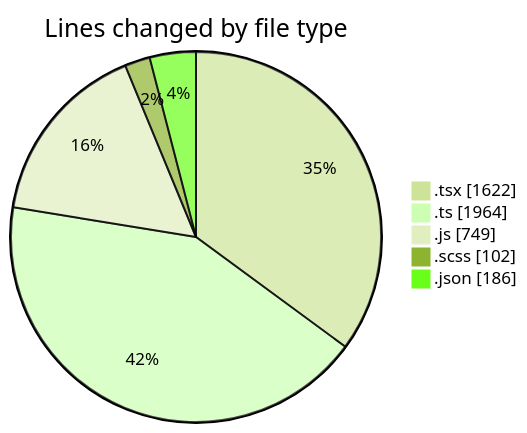
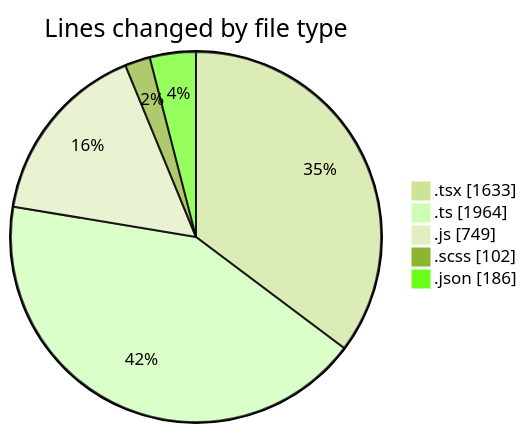
Before and after one commit to momahboobian/code-tracking: the first of 2 diagrams in 2026-06-11/cda/README.md, drawn with Mermaid (forest theme). The commit also changed other lines of this file and 1 other file, not shown here.

````diff
--- a/2026-06-11/cda/README.md
+++ b/2026-06-11/cda/README.md
@@ -52,9 +52,9 @@
 ```mermaid
 pie showData
 title Lines changed by file type
-".tsx" : 1622
+".tsx" : 1633
 ".ts" : 1964
 ".js" : 749
 ".scss" : 102
 ".json" : 186
 ```
````
